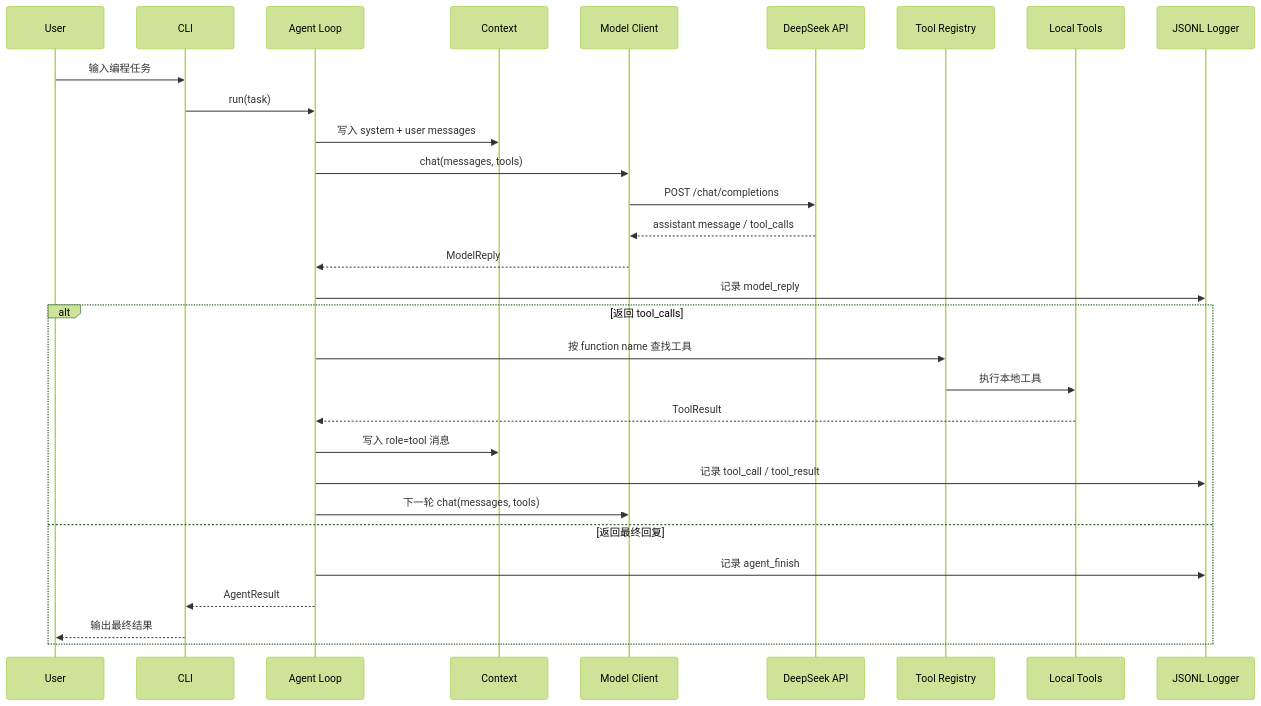
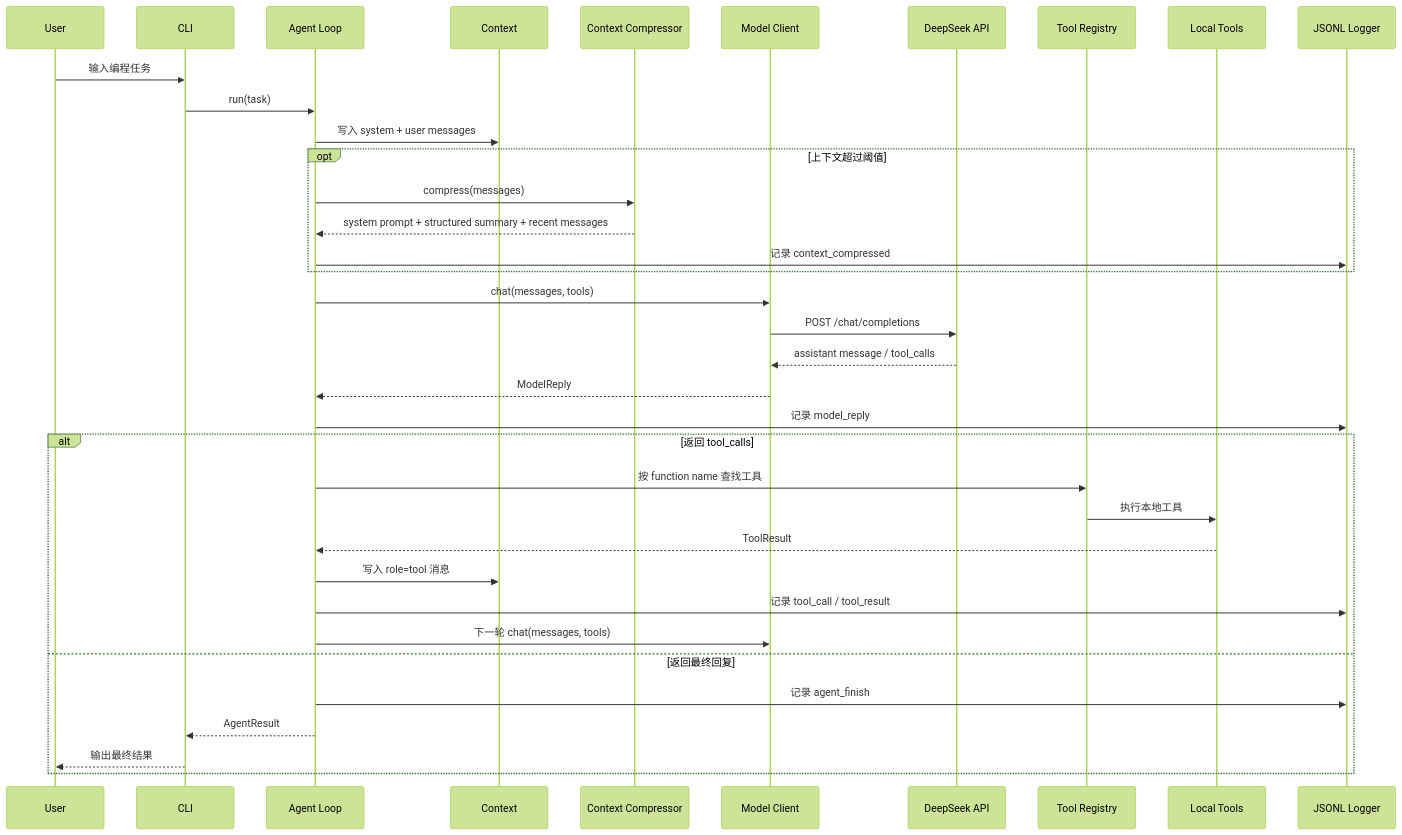
Before and after one commit to Konoha-Kai/nju_coding_agent: the second of 3 diagrams in 开发文档/05_Harness架构图.md, drawn with Mermaid (forest theme). The commit also changed other lines of this file and 13 other files, not shown here.

Commit message:
add structured context compression

````diff
--- a/开发文档/05_Harness架构图.md
+++ b/开发文档/05_Harness架构图.md
@@ -33,34 +34,40 @@
 ```mermaid
 sequenceDiagram
     participant U as User
     participant CLI as CLI
     participant A as Agent Loop
     participant C as Context
+    participant X as Context Compressor
     participant M as Model Client
     participant D as DeepSeek API
     participant R as Tool Registry
     participant T as Local Tools
     participant L as JSONL Logger
 
     U->>CLI: 输入编程任务
     CLI->>A: run(task)
     A->>C: 写入 system + user messages
+    opt 上下文超过阈值
+        A->>X: compress(messages)
+        X-->>A: system prompt + structured summary + recent messages
+        A->>L: 记录 context_compressed
+    end
     A->>M: chat(messages, tools)
     M->>D: POST /chat/completions
     D-->>M: assistant message / tool_calls
     M-->>A: ModelReply
     A->>L: 记录 model_reply
 
     alt 返回 tool_calls
         A->>R: 按 function name 查找工具
         R->>T: 执行本地工具
         T-->>A: ToolResult
         A->>C: 写入 role=tool 消息
         A->>L: 记录 tool_call / tool_result
         A->>M: 下一轮 chat(messages, tools)
     else 返回最终回复
         A->>L: 记录 agent_finish
         A-->>CLI: AgentResult
         CLI-->>U: 输出最终结果
     end
 ```
````
